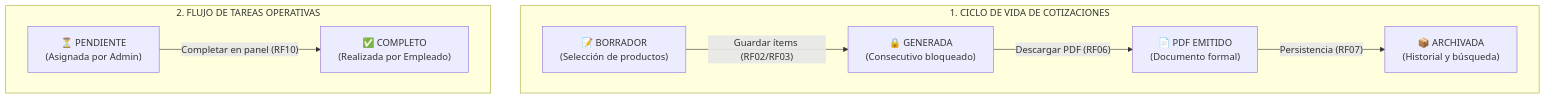
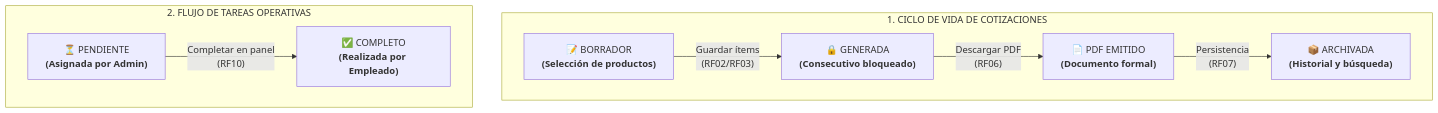
The first of 2 diagrams in docs/Especificacion_Requisitos.md (Santiago072/SistemaSodicol), drawn with Mermaid before and after one commit. The commit also changed other lines of this file, not shown here.

Commit message:
docs: anadir saltos de linea en etiquetas del diagrama para evitar cortes

````diff
--- a/docs/Especificacion_Requisitos.md
+++ b/docs/Especificacion_Requisitos.md
@@ -14,20 +14,20 @@
 ```mermaid
 flowchart TD
     subgraph COT["1. CICLO DE VIDA DE COTIZACIONES"]
-        C1["📝 BORRADOR\n(Selección de productos)"]
-        C2["🔒 GENERADA\n(Consecutivo bloqueado)"]
-        C3["📄 PDF EMITIDO\n(Documento formal)"]
-        C4["📦 ARCHIVADA\n(Historial y búsqueda)"]
+        C1["📝 BORRADOR<br/><b>(Selección de productos)</b>"]
+        C2["🔒 GENERADA<br/><b>(Consecutivo bloqueado)</b>"]
+        C3["📄 PDF EMITIDO<br/><b>(Documento formal)</b>"]
+        C4["📦 ARCHIVADA<br/><b>(Historial y búsqueda)</b>"]
 
-        C1 -->|"Guardar ítems (RF02/RF03)"| C2
-        C2 -->|"Descargar PDF (RF06)"| C3
-        C3 -->|"Persistencia (RF07)"| C4
+        C1 -->|"Guardar ítems<br/>(RF02/RF03)"| C2
+        C2 -->|"Descargar PDF<br/>(RF06)"| C3
+        C3 -->|"Persistencia<br/>(RF07)"| C4
     end
 
     subgraph TAR["2. FLUJO DE TAREAS OPERATIVAS"]
-        T1["⏳ PENDIENTE\n(Asignada por Admin)"]
-        T2["✅ COMPLETO\n(Realizada por Empleado)"]
+        T1["⏳ PENDIENTE<br/><b>(Asignada por Admin)</b>"]
+        T2["✅ COMPLETO<br/><b>(Realizada por Empleado)</b>"]
 
-        T1 -->|"Completar en panel (RF10)"| T2
+        T1 -->|"Completar en panel<br/>(RF10)"| T2
     end
 ```
````
